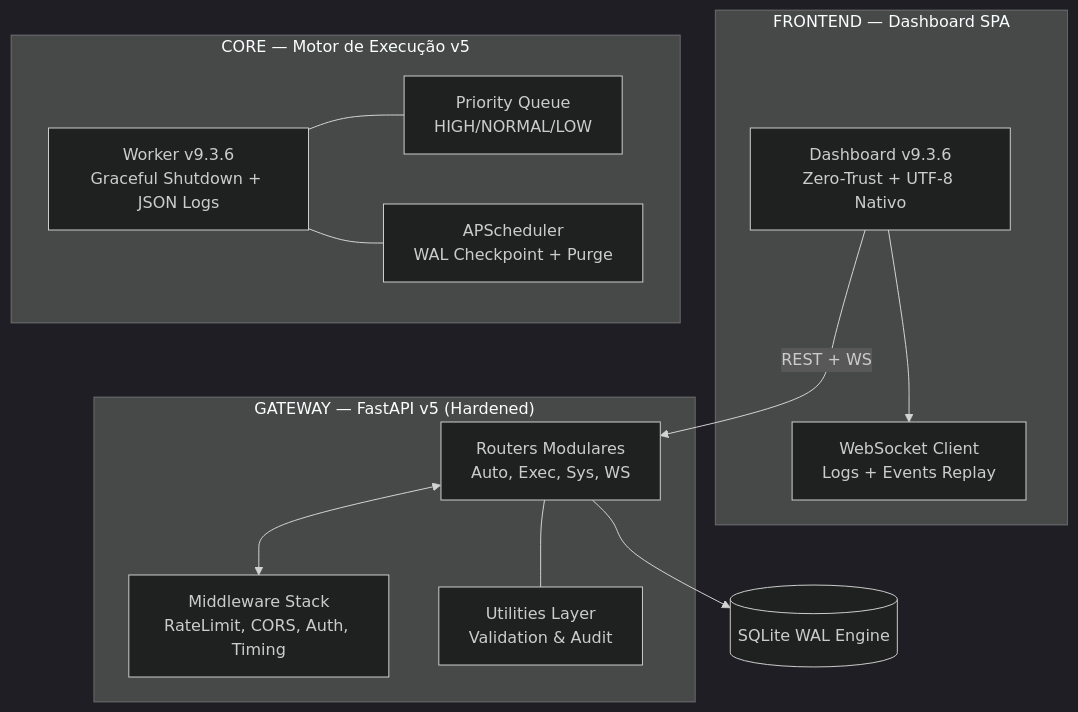
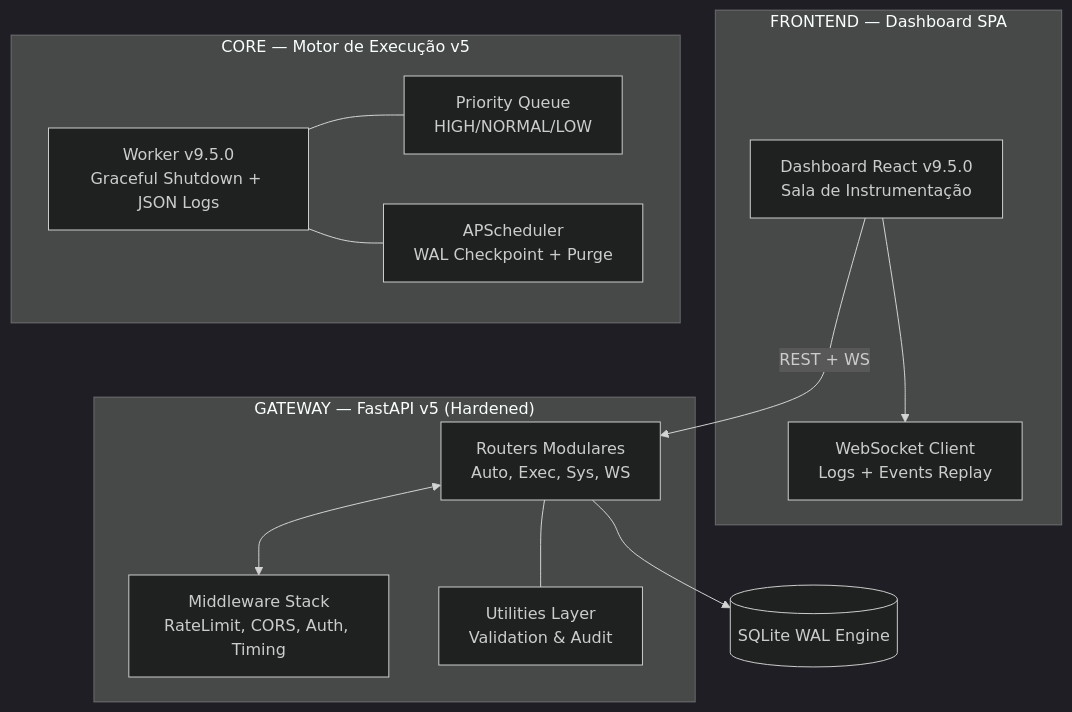
One commit to GabrielDiasNN/Automacoes-CR changed the diagram in README.md. Above: the diagram before and after it, drawn with Mermaid (dark theme). The commit also changed other lines of this file and 10 other files, not shown here.

````diff
--- a/README.md
+++ b/README.md
@@ -7,27 +7,27 @@
 ```mermaid
 graph TD
     subgraph "FRONTEND — Dashboard SPA"
-        UI["Dashboard v9.3.6<br/>Zero-Trust + UTF-8 Nativo"]
+        UI["Dashboard React v9.5.0<br/>Sala de Instrumentação"]
         WS_CLIENT["WebSocket Client<br/>Logs + Events Replay"]
         UI --> WS_CLIENT
     end
 
     subgraph "GATEWAY — FastAPI v5 (Hardened)"
         ROUTERS["Routers Modulares<br/>Auto, Exec, Sys, WS"]
         MIDDLEWARE["Middleware Stack<br/>RateLimit, CORS, Auth, Timing"]
         UTILS["Utilities Layer<br/>Validation & Audit"]
         ROUTERS <--> MIDDLEWARE
         ROUTERS --- UTILS
     end
 
     subgraph "CORE — Motor de Execução v5"
-        WORKER["Worker v9.3.6<br/>Graceful Shutdown + JSON Logs"]
+        WORKER["Worker v9.5.0<br/>Graceful Shutdown + JSON Logs"]
         PRIORITY["Priority Queue<br/>HIGH/NORMAL/LOW"]
         SCHEDULER["APScheduler<br/>WAL Checkpoint + Purge"]
         WORKER --- PRIORITY
         WORKER --- SCHEDULER
     end
 
     UI -->|REST + WS| ROUTERS
     ROUTERS --> DB[(SQLite WAL Engine)]
 ```
````
